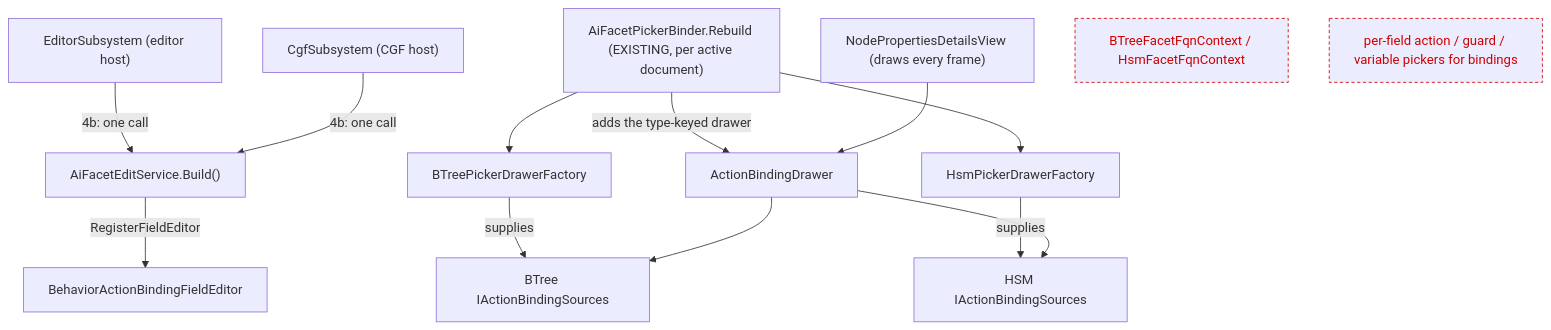
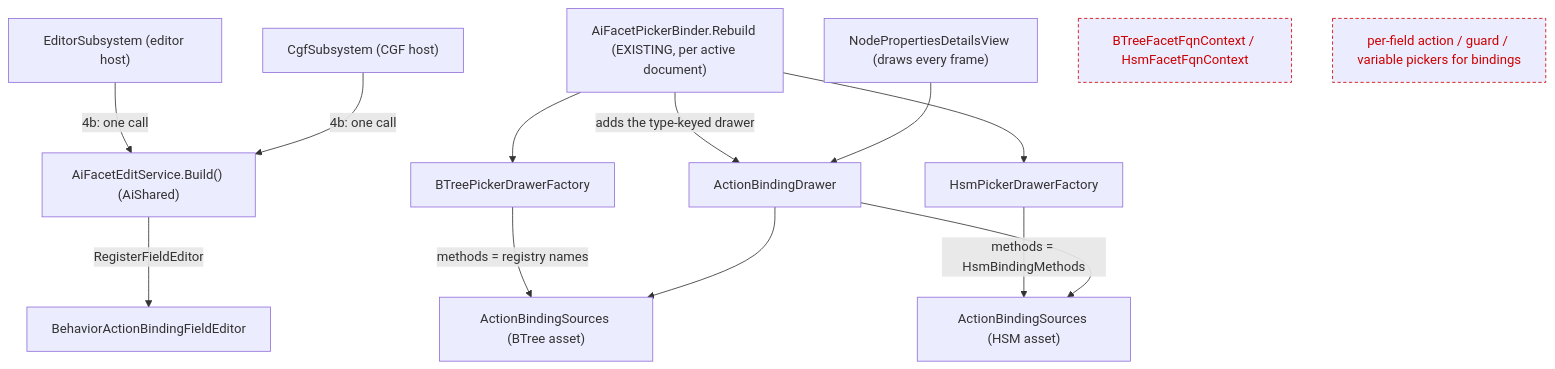
The seventh of 7 diagrams in docs/blueprints/DESIGN_Behavior_Action_Binding.md (pjanec/HROT), drawn with Mermaid before and after one commit. The commit also changed other lines of this file and 47 other files, not shown here.

````diff
--- a/docs/blueprints/DESIGN_Behavior_Action_Binding.md
+++ b/docs/blueprints/DESIGN_Behavior_Action_Binding.md
@@ -320,17 +339,17 @@
 ```mermaid
 graph TD
-    ES["EditorSubsystem (editor host)"] -->|"4b: one call"| FES["AiFacetEditService.Build()"]
+    ES["EditorSubsystem (editor host)"] -->|"4b: one call"| FES["AiFacetEditService.Build() (AiShared)"]
     CG["CgfSubsystem (CGF host)"] -->|"4b: one call"| FES
     FES -->|RegisterFieldEditor| FE["BehaviorActionBindingFieldEditor"]
     BIND["AiFacetPickerBinder.Rebuild (EXISTING, per active document)"] -->|"adds the type-keyed drawer"| DR["ActionBindingDrawer"]
     BIND --> BT["BTreePickerDrawerFactory"]
     BIND --> HS["HsmPickerDrawerFactory"]
-    BT -->|"supplies"| SRC1["BTree IActionBindingSources"]
-    HS -->|"supplies"| SRC2["HSM IActionBindingSources"]
+    BT -->|"methods = registry names"| SRC1["ActionBindingSources (BTree asset)"]
+    HS -->|"methods = HsmBindingMethods"| SRC2["ActionBindingSources (HSM asset)"]
     DR --> SRC1
     DR --> SRC2
     V["NodePropertiesDetailsView (draws every frame)"] --> DR
     classDef dead stroke:#c00,stroke-dasharray:4 3,color:#c00
     OLD1["BTreeFacetFqnContext / HsmFacetFqnContext"]:::dead
     OLD2["per-field action / guard / variable pickers for bindings"]:::dead
 ```
````
